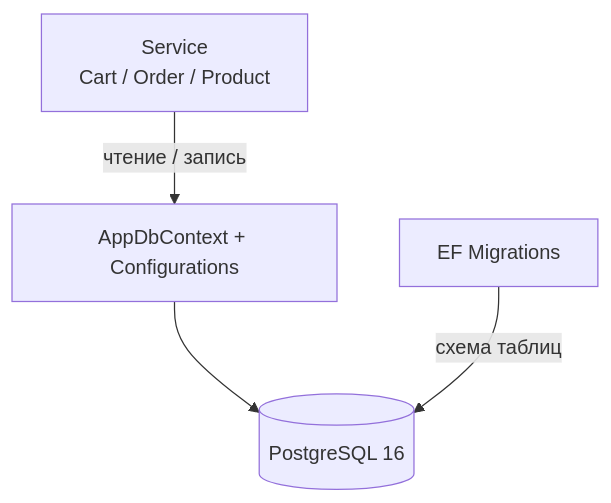
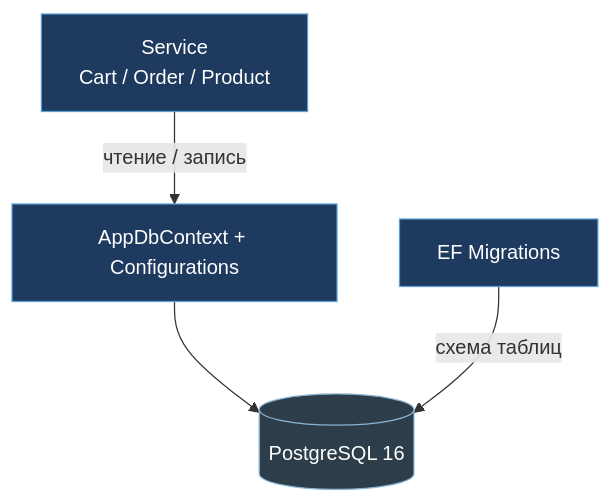
One commit to ITSTEP-PERRY/Back_end_for_our_poroject changed the fourth of 10 diagrams in project_defense/DEFENSE_BACKEND.md. Above: the diagram before and after it, drawn with Mermaid. The commit also changed other lines of this file and 2 other files, not shown here.

````diff
--- a/project_defense/DEFENSE_BACKEND.md
+++ b/project_defense/DEFENSE_BACKEND.md
@@ -160,10 +188,16 @@
 ```mermaid
 flowchart TB
   S["Service<br/>Cart / Order / Product"]
   C["AppDbContext + Configurations"]
   M["EF Migrations"]
   D[("PostgreSQL 16")]
+
   S -->|"чтение / запись"| C
   C --> D
   M -->|"схема таблиц"| D
+
+  classDef a fill:#1e3a5f,stroke:#5b9fd4,color:#fff
+  classDef d fill:#2d3e4a,stroke:#8ab4d4,color:#fff
+  class S,C,M a
+  class D d
 ```
````
